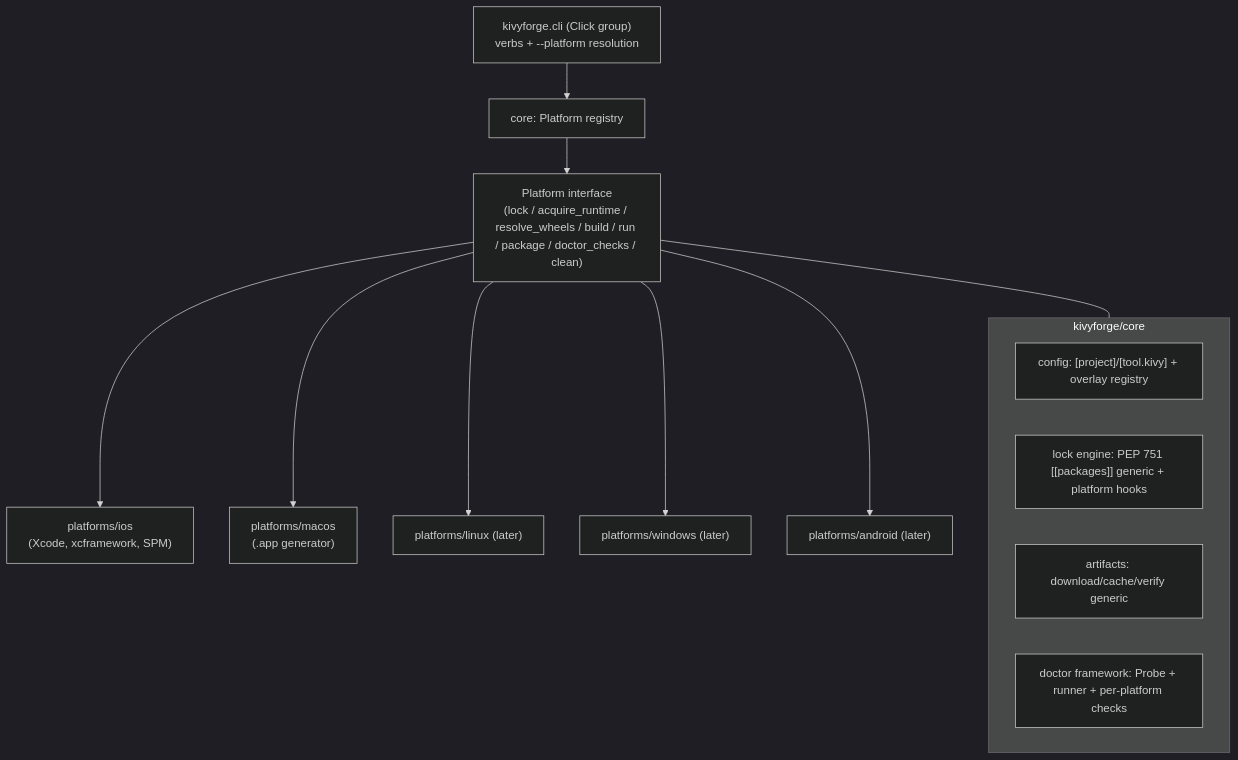
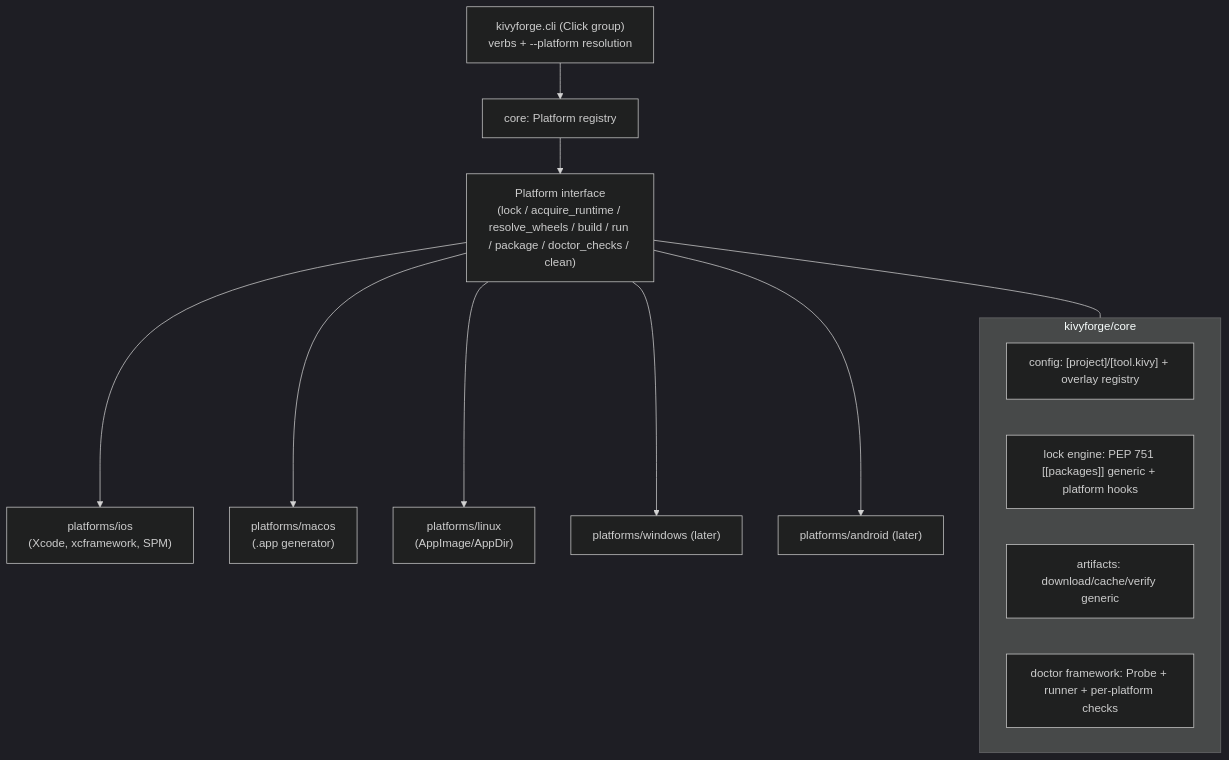
Before and after one commit to ElliotGarbus/kivyforge: the diagram in docs/design/common/05-platform-architecture.md, drawn with Mermaid (dark theme). The commit also changed 6 other files, not shown here.

````diff
--- a/docs/design/common/05-platform-architecture.md
+++ b/docs/design/common/05-platform-architecture.md
@@ -5,17 +5,17 @@
 ```mermaid
 flowchart TD
     cli["kivyforge.cli (Click group)\nverbs + --platform resolution"] --> reg["core: Platform registry"]
     reg --> iface["Platform interface\n(lock / acquire_runtime / resolve_wheels / build / run / package / doctor_checks / clean)"]
     iface --> ios["platforms/ios\n(Xcode, xcframework, SPM)"]
     iface --> mac["platforms/macos\n(.app generator)"]
-    iface --> lin["platforms/linux (later)"]
+    iface --> lin["platforms/linux\n(AppImage/AppDir)"]
     iface --> win["platforms/windows (later)"]
     iface --> andr["platforms/android (later)"]
     subgraph core [kivyforge/core]
       cfg["config: [project]/[tool.kivy] + overlay registry"]
       lock["lock engine: PEP 751 [[packages]] generic + platform hooks"]
       art["artifacts: download/cache/verify generic"]
       doc["doctor framework: Probe + runner + per-platform checks"]
     end
     iface --- core
 ```
````
